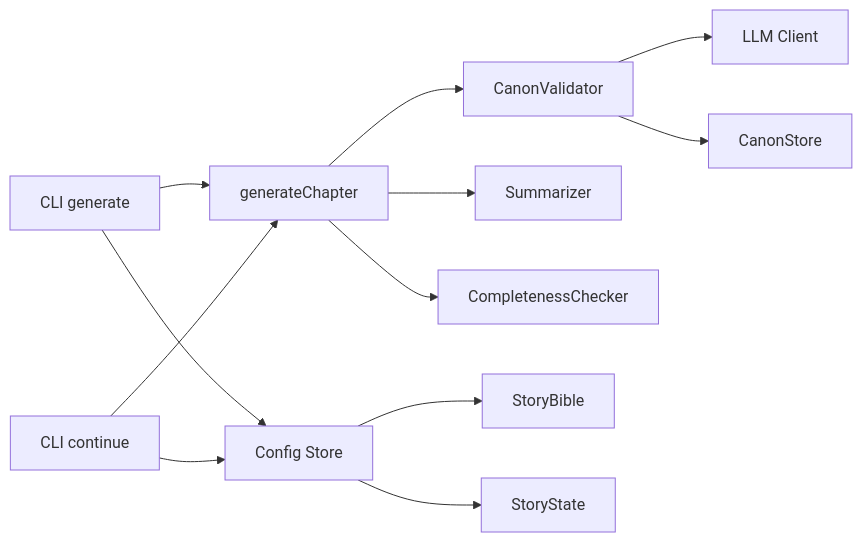
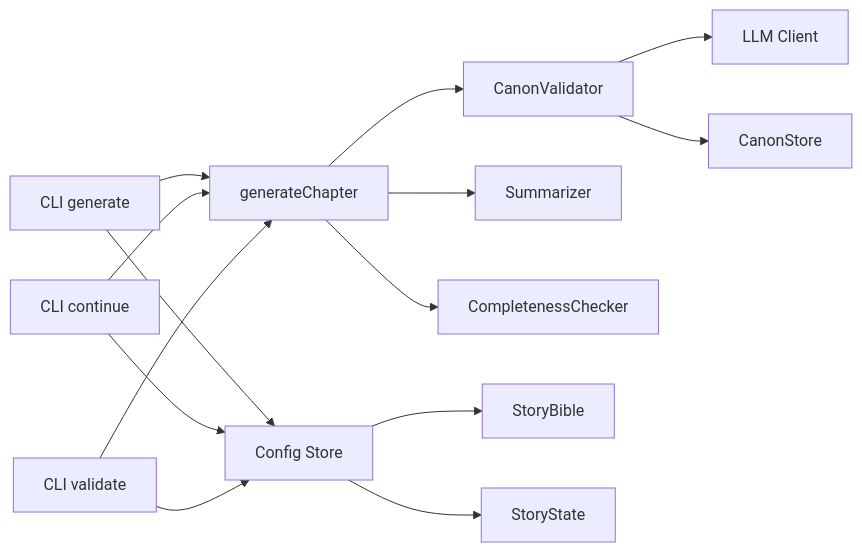
Before and after one commit to liwonder/NARRITIVE_OS: the seventh of 7 diagrams in .qoder/repowiki/en/content/AI Agent System/Canon Validator Agent.md, drawn with Mermaid. The commit also changed other lines of this file and 12 other files, not shown here.

````diff
--- a/.qoder/repowiki/en/content/AI Agent System/Canon Validator Agent.md
+++ b/.qoder/repowiki/en/content/AI Agent System/Canon Validator Agent.md
@@ -321,14 +398,16 @@
 ```mermaid
 graph LR
 CV["CanonValidator"] --> LLM["LLM Client"]
 CV --> CS["CanonStore"]
 GC["generateChapter"] --> CV
 GC --> SUM["Summarizer"]
 GC --> CC["CompletenessChecker"]
 GEN["CLI generate"] --> GC
 CONT["CLI continue"] --> GC
+VALID["CLI validate"] --> GC
 GEN --> STORE["Config Store"]
 CONT --> STORE
+VALID --> STORE
 STORE --> BIBLE["StoryBible"]
 STORE --> STATE["StoryState"]
 ```
````
